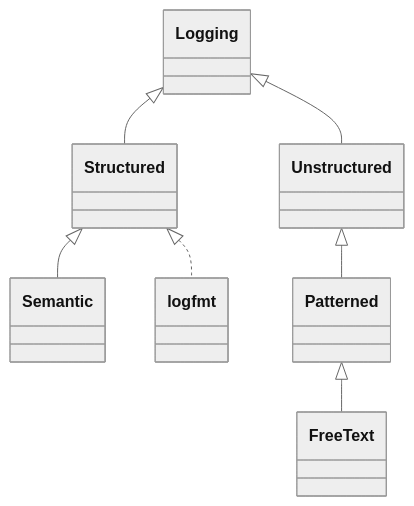
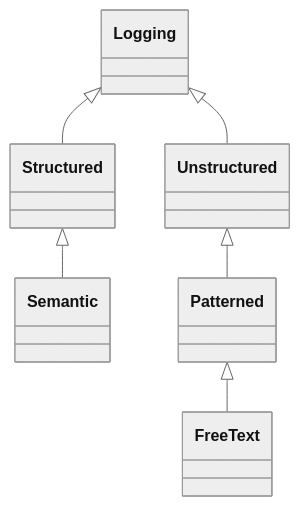
Before and after one commit to semantic-logs/spec: the first of 3 diagrams in README.md, drawn with Mermaid (neutral theme). The commit also changed other lines of this file, not shown here.

````diff
--- a/README.md
+++ b/README.md
@@ -31,9 +33,8 @@
 ```mermaid
 classDiagram
     Logging <|-- Structured
     Structured <|-- Semantic
     Logging <|-- Unstructured
     Unstructured <|-- Patterned
     Patterned <|-- FreeText
-    Structured <|.. `logfmt`
 ```
````
